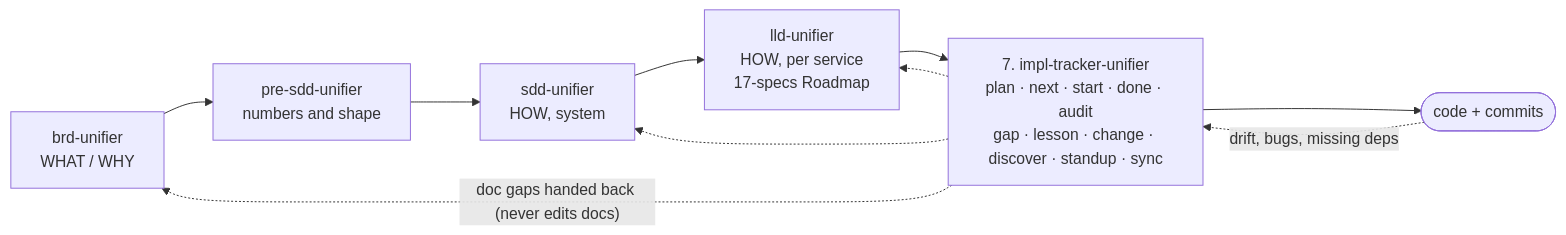
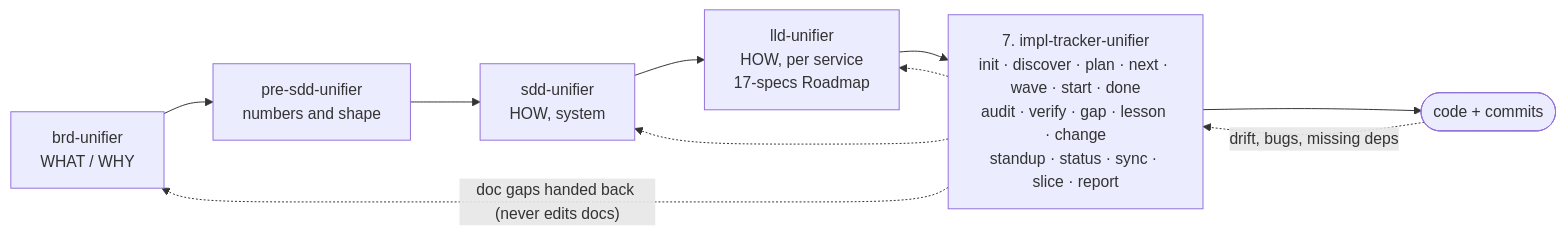
One commit to mhshahin01/builders-skills changed the diagram in impl-tracker-unifier/README.md. Above: the diagram before and after it, drawn with Mermaid. The commit also changed other lines of this file and 8 other files, not shown here.

````diff
--- a/impl-tracker-unifier/README.md
+++ b/impl-tracker-unifier/README.md
@@ -7,11 +7,11 @@
 ```mermaid
 flowchart LR
     brd["brd-unifier<br/>WHAT / WHY"] --> psdd["pre-sdd-unifier<br/>numbers and shape"] --> sdd["sdd-unifier<br/>HOW, system"]
     sdd --> lld["lld-unifier<br/>HOW, per service<br/>17-specs Roadmap"]
-    lld --> trk["7. impl-tracker-unifier<br/>plan · next · start · done · audit<br/>gap · lesson · change · discover · standup · sync"]
+    lld --> trk["7. impl-tracker-unifier<br/>init · discover · plan · next · wave · start · done<br/>audit · verify · gap · lesson · change<br/>standup · status · sync · slice · report"]
     trk --> code(["code + commits"])
     code -. "drift, bugs, missing deps" .-> trk
     trk -. "doc gaps handed back (never edits docs)" .-> brd
     trk -.-> sdd
     trk -.-> lld
 ```
````
